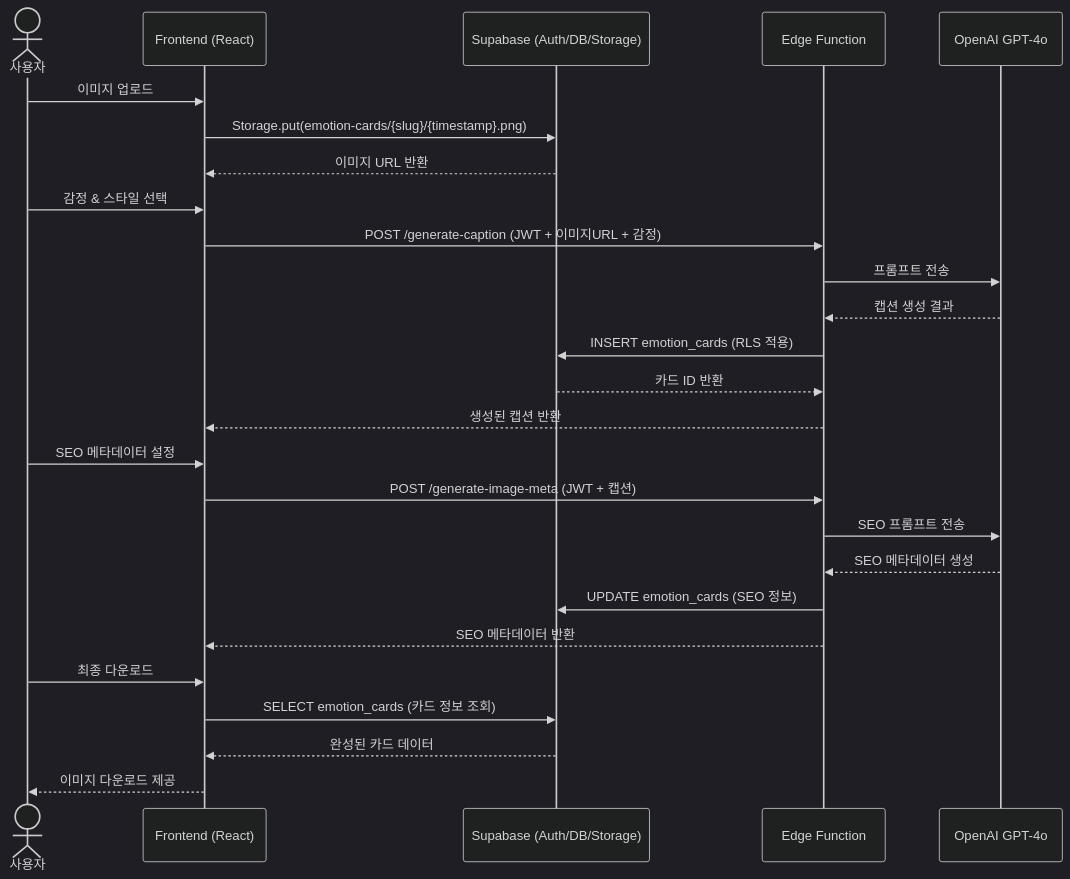
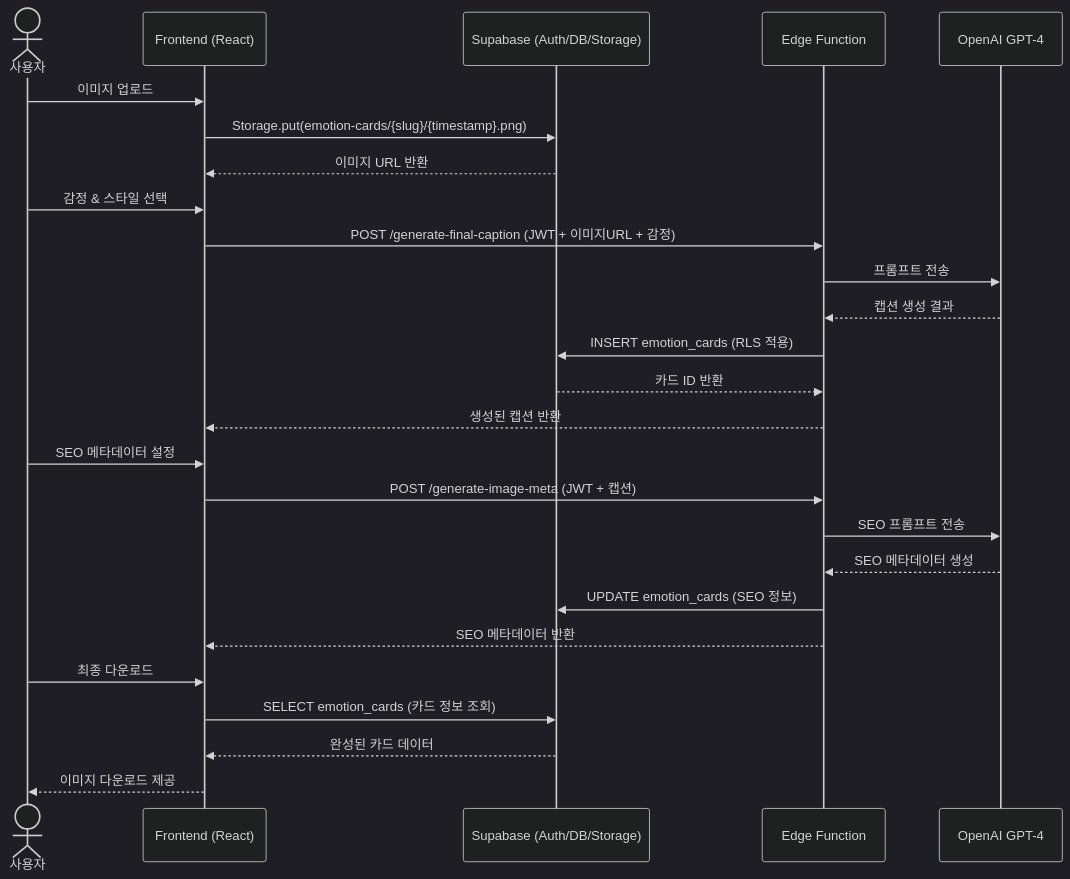
Before and after one commit to psb1792/StayPost: the second of 3 diagrams in docs/ARCHITECTURE.md, drawn with Mermaid (dark theme). The commit also changed other lines of this file and 8 other files, not shown here.

````diff
--- a/docs/ARCHITECTURE.md
+++ b/docs/ARCHITECTURE.md
@@ -33,32 +32,32 @@
 ```mermaid
 sequenceDiagram
     actor User as 사용자
     participant FE as Frontend (React)
     participant SB as Supabase (Auth/DB/Storage)
     participant EF as Edge Function
-    participant AI as OpenAI GPT-4o
+    participant AI as OpenAI GPT-4
 
     User->>FE: 이미지 업로드
     FE->>SB: Storage.put(emotion-cards/{slug}/{timestamp}.png)
     SB-->>FE: 이미지 URL 반환
     
     User->>FE: 감정 & 스타일 선택
-    FE->>EF: POST /generate-caption (JWT + 이미지URL + 감정)
+    FE->>EF: POST /generate-final-caption (JWT + 이미지URL + 감정)
     EF->>AI: 프롬프트 전송
     AI-->>EF: 캡션 생성 결과
     EF->>SB: INSERT emotion_cards (RLS 적용)
     SB-->>EF: 카드 ID 반환
     EF-->>FE: 생성된 캡션 반환
     
     User->>FE: SEO 메타데이터 설정
     FE->>EF: POST /generate-image-meta (JWT + 캡션)
     EF->>AI: SEO 프롬프트 전송
     AI-->>EF: SEO 메타데이터 생성
     EF->>SB: UPDATE emotion_cards (SEO 정보)
     EF-->>FE: SEO 메타데이터 반환
     
     User->>FE: 최종 다운로드
     FE->>SB: SELECT emotion_cards (카드 정보 조회)
     SB-->>FE: 완성된 카드 데이터
     FE-->>User: 이미지 다운로드 제공
 ```
````
